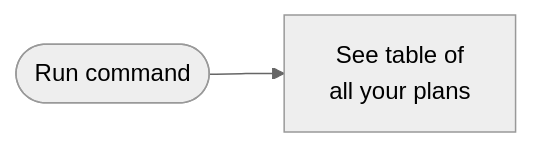
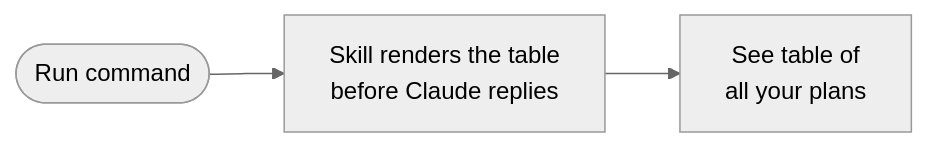
Before and after one commit to gabgoss/planwise: the sixth of 12 diagrams in plugins/planwise/README.md, drawn with Mermaid (neutral theme). The commit also changed other lines of this file and 9 other files, not shown here.

````diff
--- a/plugins/planwise/README.md
+++ b/plugins/planwise/README.md
@@ -275,4 +281,4 @@
 ```mermaid
 flowchart LR
-    A([Run command]) --> B[See table of<br/>all your plans]
+    A([Run command]) --> B[Skill renders the table<br/>before Claude replies] --> C[See table of<br/>all your plans]
 ```
````
